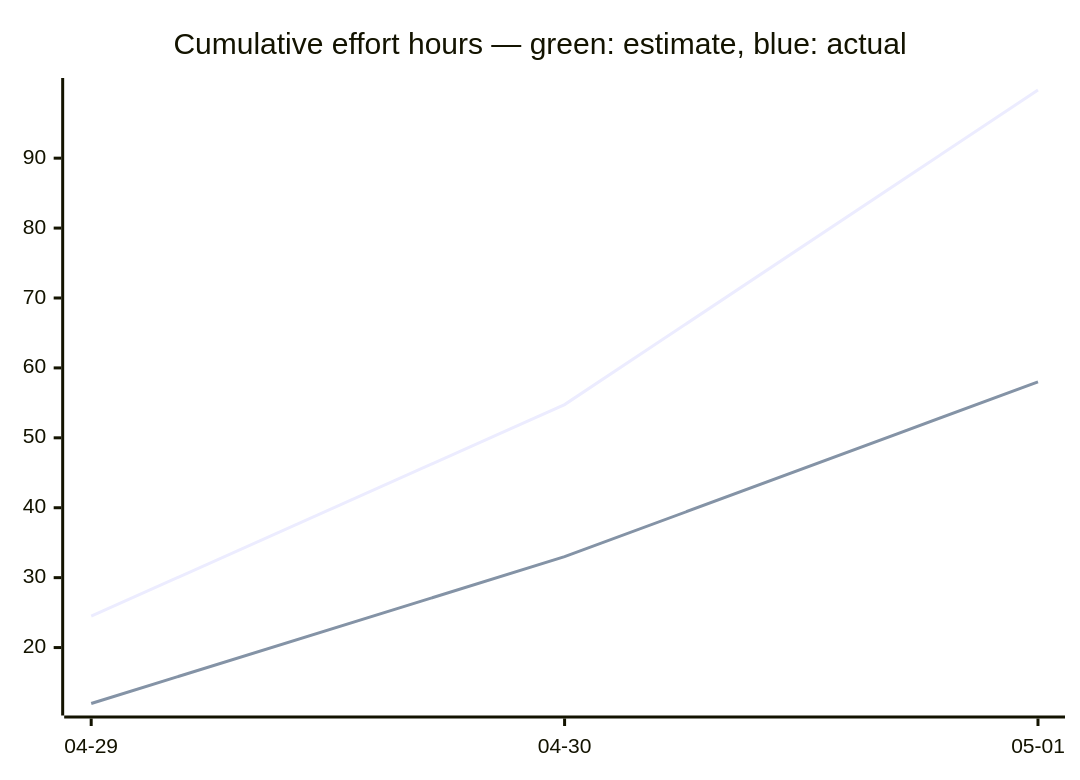
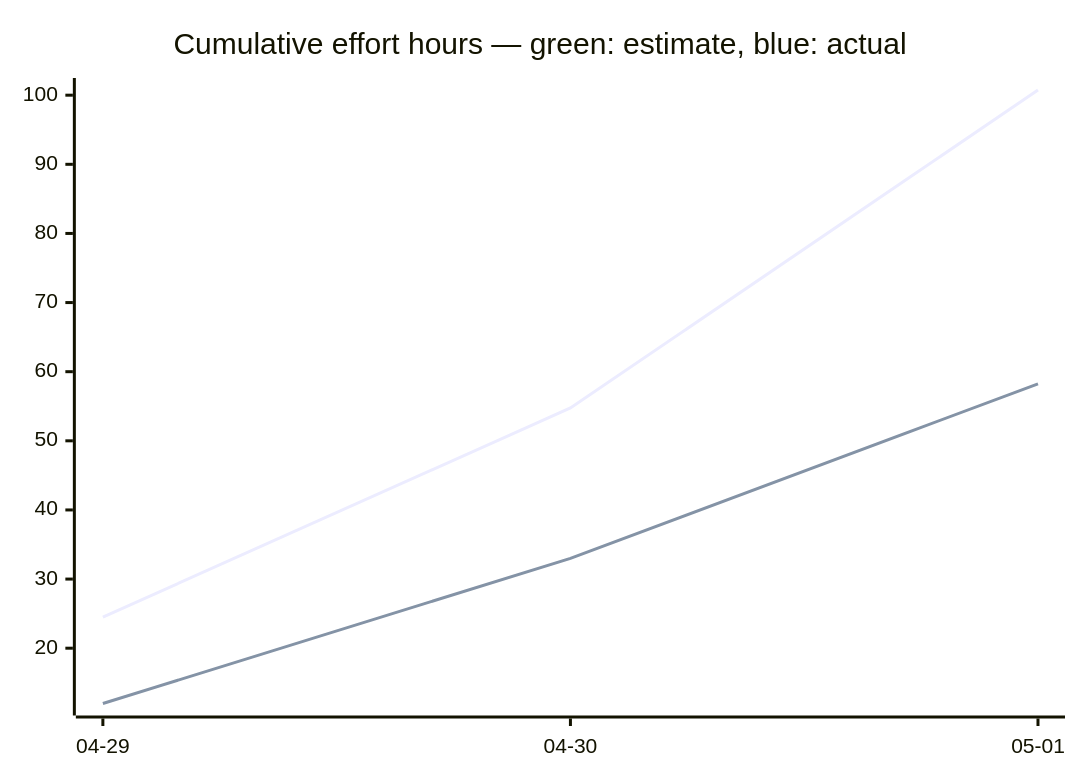
One commit to tgd1975/AwesomeStudioPedal changed the third of 3 diagrams in docs/developers/tasks/OVERVIEW.md. Above: the diagram before and after it, drawn with Mermaid. The commit also changed other lines of this file and 7 other files, not shown here.

````diff
--- a/docs/developers/tasks/OVERVIEW.md
+++ b/docs/developers/tasks/OVERVIEW.md
@@ -40,7 +40,7 @@
 ```mermaid
 xychart-beta
     title "Cumulative effort hours — green: estimate, blue: actual"
     x-axis ["04-29", "04-30", "05-01"]
-    line [24.5, 54.75, 99.75]
-    line [12, 33, 58]
+    line [24.5, 54.75, 100.75]
+    line [12, 33, 58.25]
 ```
````
